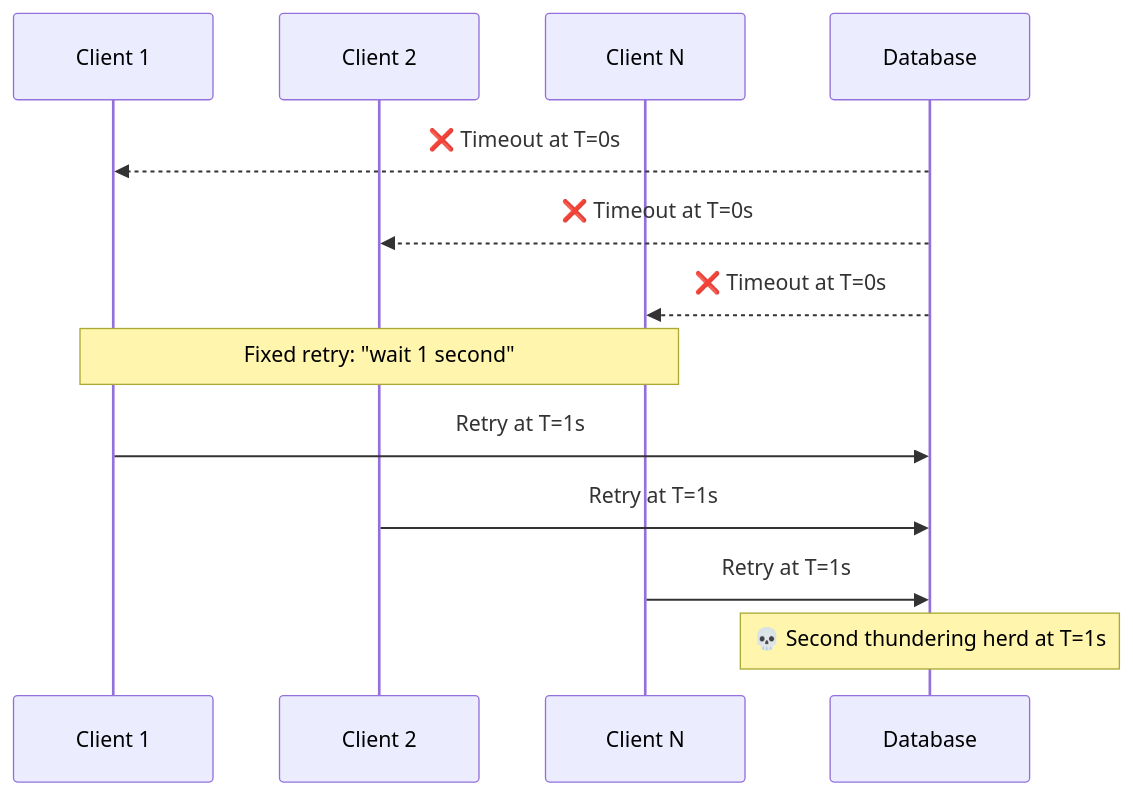
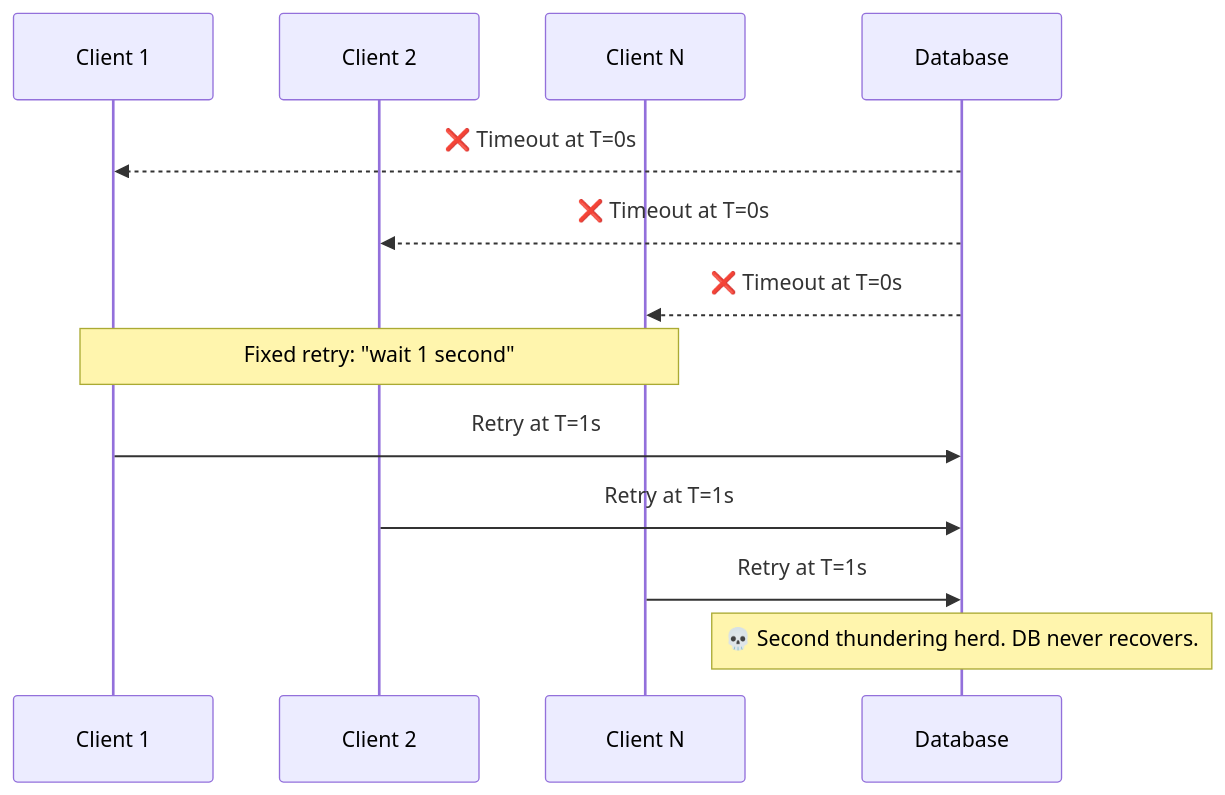
The ninth of 12 diagrams in content/posts/38-thundering-herd.md (g-savitha/portfolio), drawn with Mermaid before and after one commit. The commit also changed other lines of this file, not shown here.

````diff
--- a/content/posts/38-thundering-herd.md
+++ b/content/posts/38-thundering-herd.md
@@ -385,18 +384,18 @@
 ```mermaid
 sequenceDiagram
     participant C1 as Client 1
     participant C2 as Client 2
     participant CN as Client N
     participant DB as Database
 
     DB-->>C1: ❌ Timeout at T=0s
     DB-->>C2: ❌ Timeout at T=0s
     DB-->>CN: ❌ Timeout at T=0s
 
     Note over C1,CN: Fixed retry: "wait 1 second"
 
     C1->>DB: Retry at T=1s
     C2->>DB: Retry at T=1s
     CN->>DB: Retry at T=1s
-    Note over DB: 💀 Second thundering herd at T=1s
+    Note over DB: 💀 Second thundering herd. DB never recovers.
 ```
````
